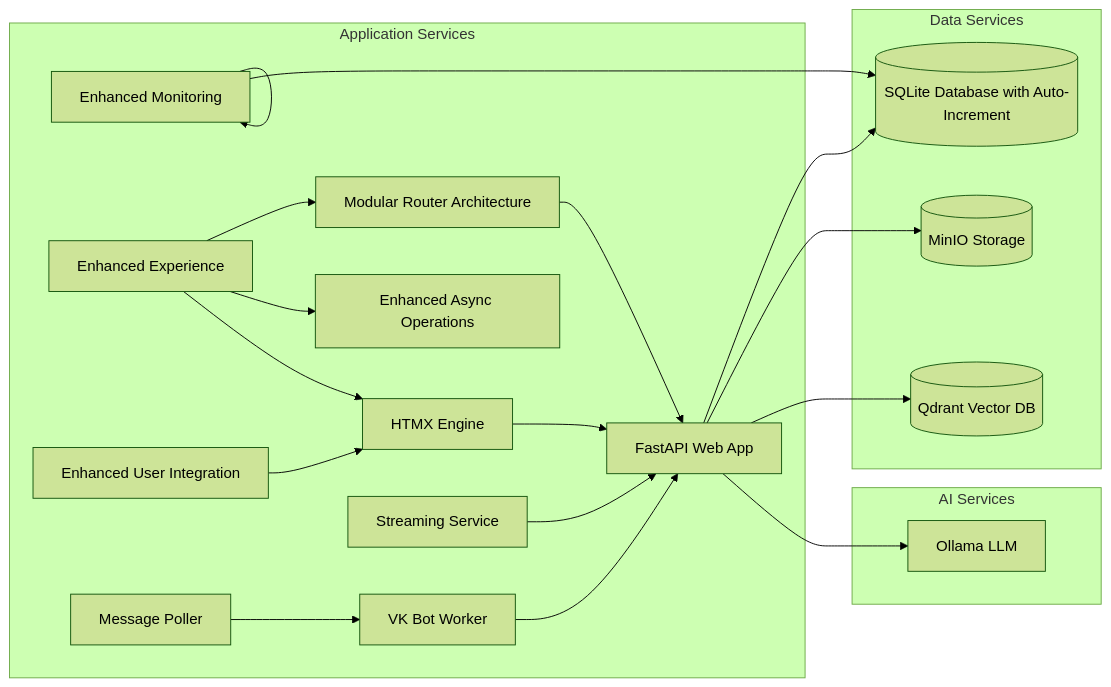
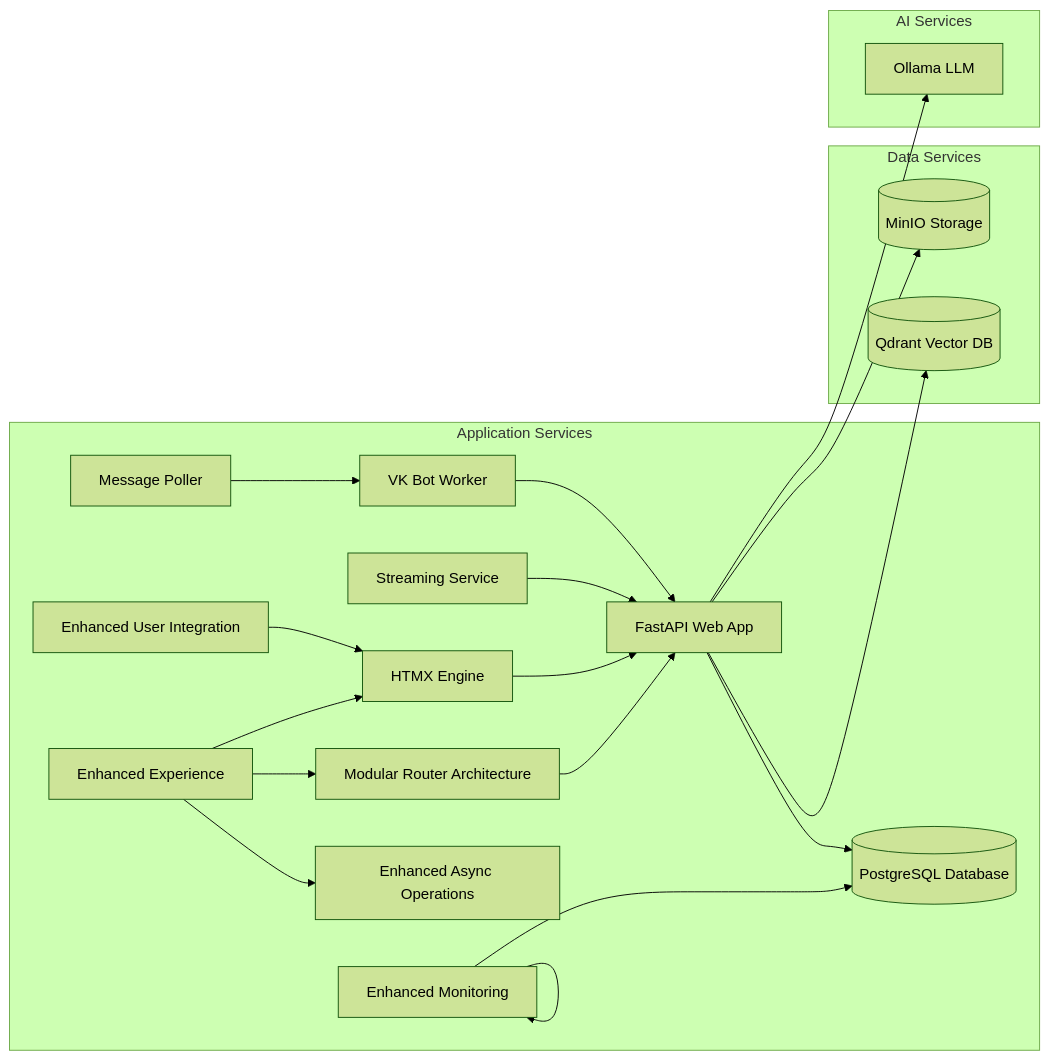
Before and after one commit to ognelis/cafetera_hr_bot: diagram 26 of 26 in .qoder/repowiki/en/content/Document Management System.md, drawn with Mermaid (forest theme). The commit also changed other lines of this file and 13 other files, not shown here.

````diff
--- a/.qoder/repowiki/en/content/Document Management System.md
+++ b/.qoder/repowiki/en/content/Document Management System.md
@@ -2742,40 +2814,41 @@
 ```mermaid
 graph LR
 subgraph "Application Services"
 Web[FastAPI Web App]
 Bot[VK Bot Worker]
 Poller[Message Poller]
 Streaming[Streaming Service]
 HTMXEngine[HTMX Engine]
 EndUserIntegration[Enhanced User Integration]
 RouterArchitecture[Modular Router Architecture]
 EndUserExperience[Enhanced Experience]
 AsyncOperations[Enhanced Async Operations]
 EndUserMonitoring[Enhanced Monitoring]
+PostgreSQLDB[(PostgreSQL Database)]
+EndUserMonitoring[Enhanced Monitoring]
 end
 subgraph "Data Services"
-DB[(SQLite Database with Auto-Increment)]
 MinIO[(MinIO Storage)]
 Qdrant[(Qdrant Vector DB)]
 EndUserMonitoring[Enhanced Monitoring]
 end
 subgraph "AI Services"
 Ollama[Ollama LLM]
 EndUserExperience[Enhanced Experience]
 end
-Web --> DB
+Web --> PostgreSQLDB
 Web --> MinIO
 Web --> Qdrant
 Bot --> Web
 Poller --> Bot
 Web --> Ollama
 Streaming --> Web
 HTMXEngine --> Web
 EndUserIntegration --> HTMXEngine
 RouterArchitecture --> Web
-EndUserMonitoring --> DB
+EndUserMonitoring --> PostgreSQLDB
 EndUserExperience --> HTMXEngine
 EndUserExperience --> RouterArchitecture
 EndUserExperience --> AsyncOperations
 EndUserMonitoring --> EndUserMonitoring
 ```
````
